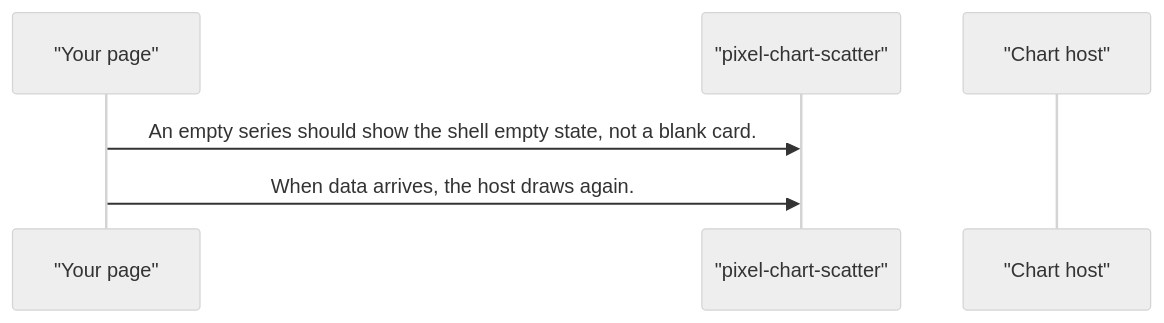
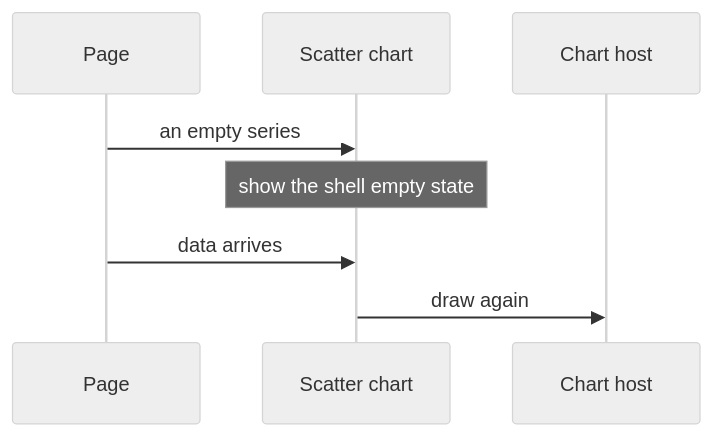
The third of 5 diagrams in projects/pixel-ui/src/lib/pixel-chart-scatter/DESIGN.md (RajshekharBorate/pixel-ui), drawn with Mermaid (neutral theme) before and after one commit. The commit also changed other lines of this file and 73 other files, not shown here.

Commit message:
Explain who owns each value and what each flow does in every component and service design.

````diff
--- a/projects/pixel-ui/src/lib/pixel-chart-scatter/DESIGN.md
+++ b/projects/pixel-ui/src/lib/pixel-chart-scatter/DESIGN.md
@@ -71,8 +89,10 @@
 ```mermaid
 sequenceDiagram
-  participant page as "Your page"
-  participant plot as "pixel-chart-scatter"
-  participant host as "Chart host"
-  page->>plot: An empty series should show the shell empty state, not a blank card.
-  page->>plot: When data arrives, the host draws again.
+  participant Page
+  participant Plot as Scatter chart
+  participant Host as Chart host
+  Page->>Plot: an empty series
+  Note over Plot: show the shell empty state
+  Page->>Plot: data arrives
+  Plot->>Host: draw again
 ```
````
